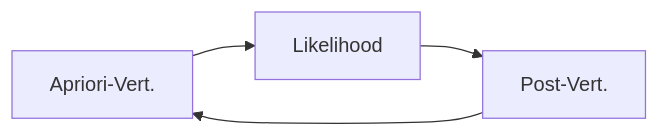
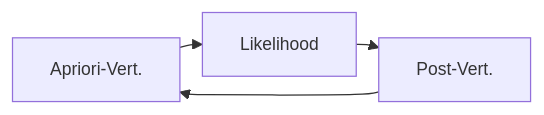
The first of 2 diagrams in slides/0500-Globusversuch.qmd (sebastiansauer/start-bayes), drawn with Mermaid before and after one commit. The commit also changed other lines of this file and 19 other files, not shown here.

First line of the commit message:
fix: Mermaid-Diagramm-Überlauf in Foliensätzen (Kapitel 3 u.a.)

````diff
--- a/slides/0500-Globusversuch.qmd
+++ b/slides/0500-Globusversuch.qmd
@@ -111,4 +112,5 @@
 ```{mermaid}
+%%{init: {'themeVariables': {'fontSize': '14px'}, 'flowchart': {'diagramPadding': 2, 'nodeSpacing': 10, 'rankSpacing': 18}}}%%
 graph LR
 A[Apriori-Vert.]-->B[Likelihood]-->C[Post-Vert.]-->A
 ```
````
